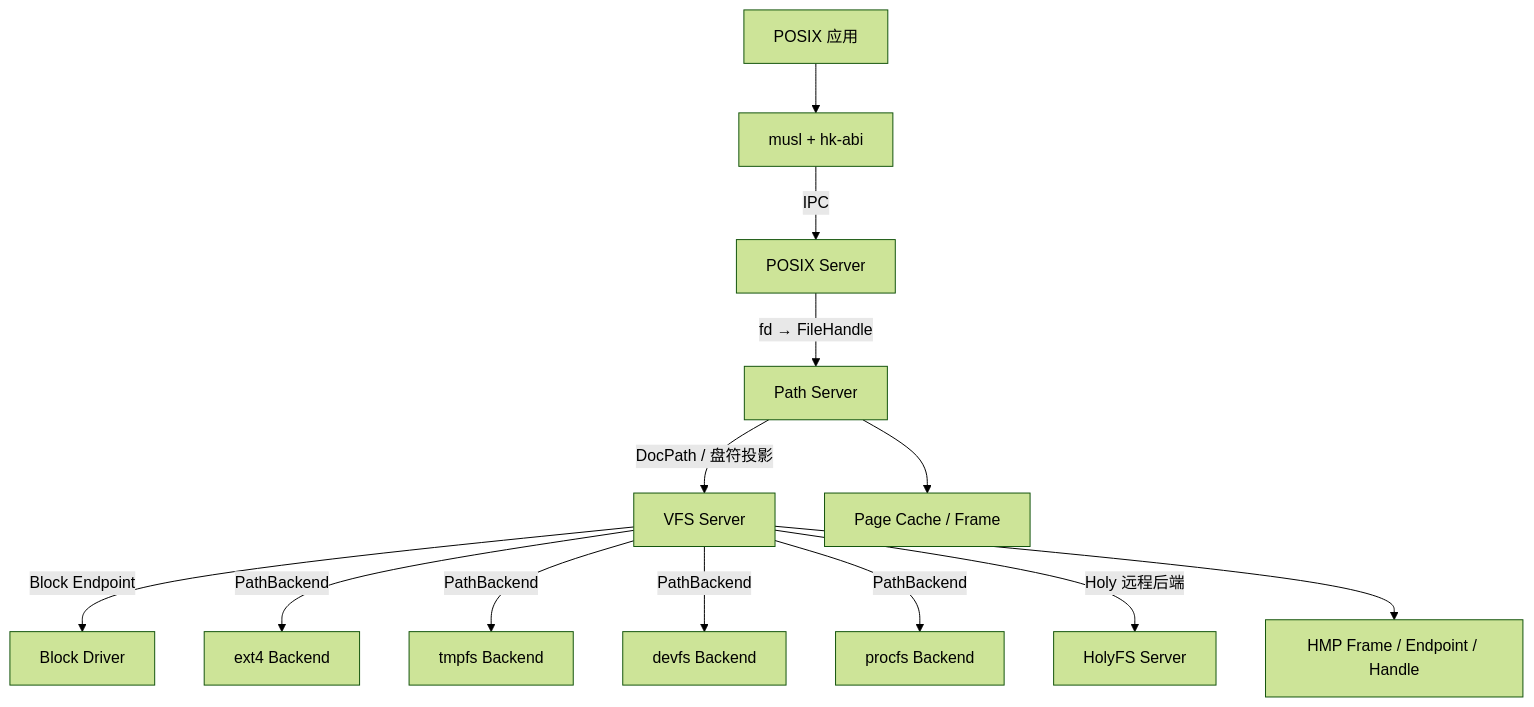
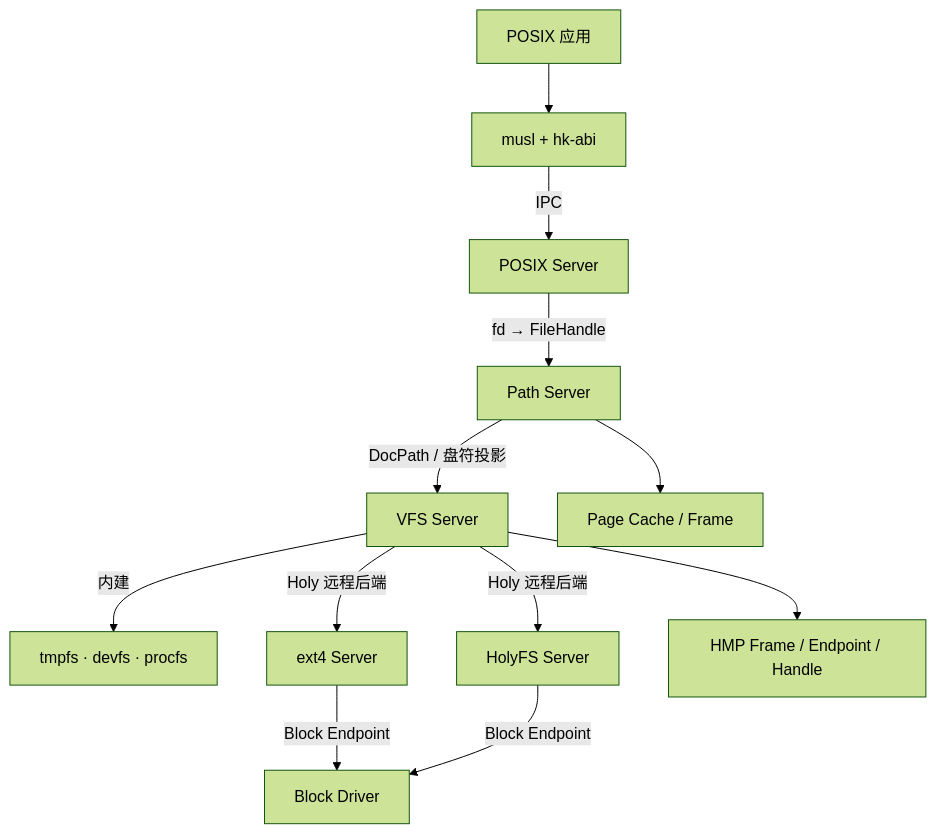
One commit to hongweifei/HolyKernel changed the diagram in docs/vfs.md. Above: the diagram before and after it, drawn with Mermaid (forest theme). The commit also changed other lines of this file and 29 other files, not shown here.

````diff
--- a/docs/vfs.md
+++ b/docs/vfs.md
@@ -27,15 +28,14 @@
 ```mermaid
 flowchart TB
     App["POSIX 应用"] --> Libc["musl + hk-abi"]
     Libc -->|IPC| POSIX["POSIX Server"]
     POSIX -->|fd → FileHandle| Path["Path Server"]
     Path -->|DocPath / 盘符投影| VFS["VFS Server"]
-    VFS -->|Block Endpoint| Block["Block Driver"]
-    VFS -->|PathBackend| Ext4["ext4 Backend"]
-    VFS -->|PathBackend| Tmpfs["tmpfs Backend"]
-    VFS -->|PathBackend| Devfs["devfs Backend"]
-    VFS -->|PathBackend| Procfs["procfs Backend"]
+    VFS -->|内建| Synthetic["tmpfs · devfs · procfs"]
+    VFS -->|Holy 远程后端| Ext4["ext4 Server"]
     VFS -->|Holy 远程后端| HolyFS["HolyFS Server"]
+    Ext4 -->|Block Endpoint| Block["Block Driver"]
+    HolyFS -->|Block Endpoint| Block
     Path --> Cache["Page Cache / Frame"]
     VFS --> Kernel["HMP Frame / Endpoint / Handle"]
 ```
````
